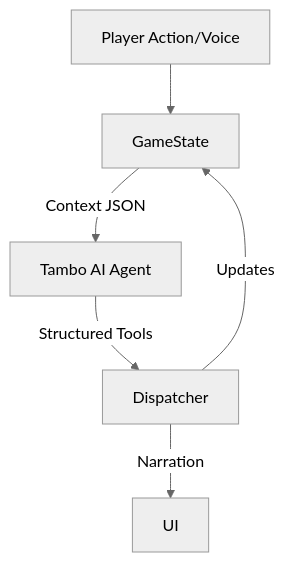
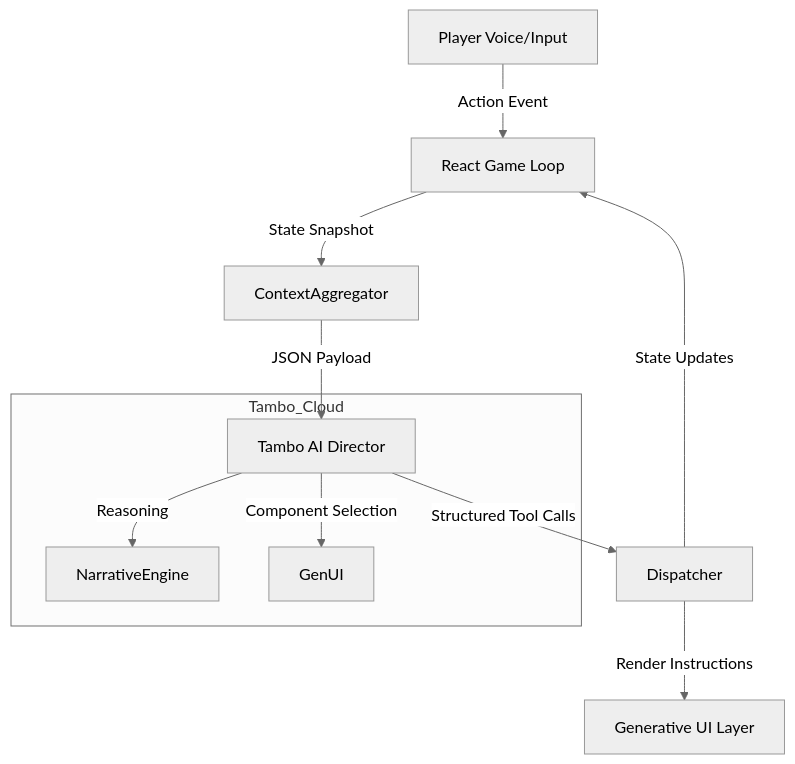
One commit to samarthsaxena2004/PlayDungeon changed the diagram in README.md. Above: the diagram before and after it, drawn with Mermaid (neutral theme). The commit also changed other lines of this file and 2 other files, not shown here.

Commit message:
docs: overhaul README with comprehensive project details, use cases, architecture, and add preview screenshots.

````diff
--- a/README.md
+++ b/README.md
@@ -10,8 +52,15 @@
 ```mermaid
 graph TD
-    Player[Player Action/Voice] --> GameState
-    GameState --> |Context JSON| Tambo[Tambo AI Agent]
-    Tambo --> |Structured Tools| Dispatcher
-    Dispatcher --> |Updates| GameState
-    Dispatcher --> |Narration| UI
+    User[Player Voice/Input] --> |Action Event| GameEngine
+    GameEngine[React Game Loop] --> |State Snapshot| ContextAggregator
+    ContextAggregator --> |JSON Payload| TamboAgent[Tambo AI Director]
+    
+    subgraph Tambo_Cloud
+        TamboAgent --> |Reasoning| NarrativeEngine
+        TamboAgent --> |Component Selection| GenUI
+    end
+    
+    TamboAgent --> |Structured Tool Calls| Dispatcher
+    Dispatcher --> |State Updates| GameEngine
+    Dispatcher --> |Render Instructions| DynamicUI[Generative UI Layer]
 ```
````
